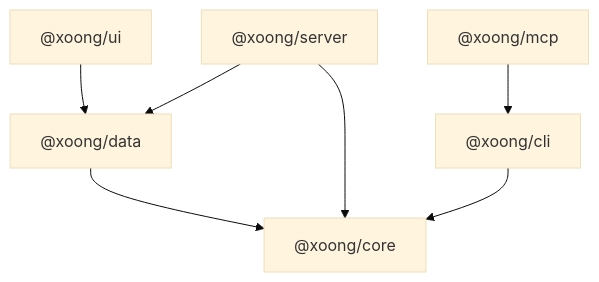
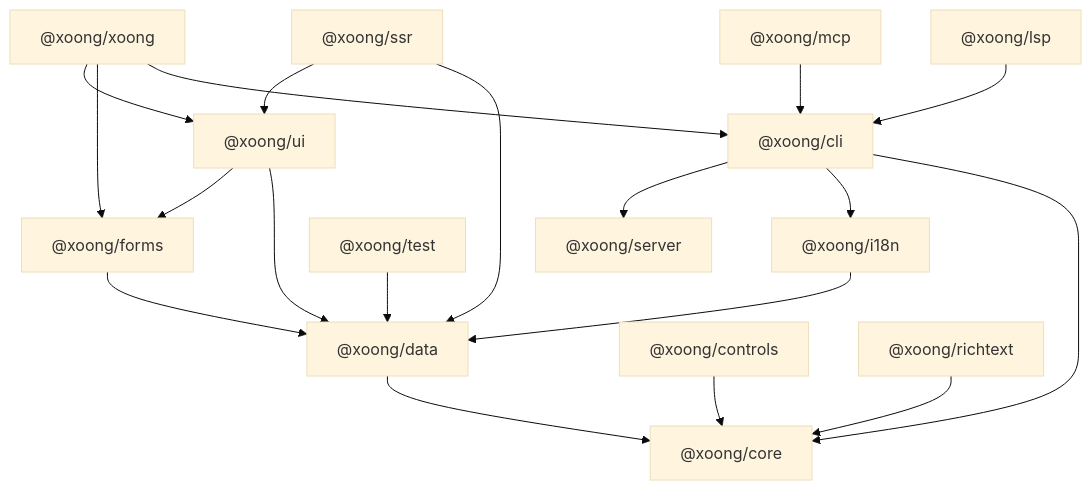
One commit to fpt-duongtx/xoong changed the second of 6 diagrams in docs/architecture.md. Above: the diagram before and after it, drawn with Mermaid (base theme). The commit also changed other lines of this file and 107 other files, not shown here.

````diff
--- a/docs/architecture.md
+++ b/docs/architecture.md
@@ -50,9 +59,21 @@
 ```mermaid
 flowchart TD
-  ui["@xoong/ui"] --> data["@xoong/data"]
+  xoong["@xoong/xoong"] --> ui
+  xoong --> forms
+  xoong --> cli
+  ui["@xoong/ui"] --> forms["@xoong/forms"]
+  ui --> data["@xoong/data"]
+  forms --> data
+  i18n["@xoong/i18n"] --> data
+  ssr["@xoong/ssr"] --> ui
+  ssr --> data
+  test["@xoong/test"] --> data
   data --> core["@xoong/core"]
-  server["@xoong/server"] --> core
-  server --> data
-  cli["@xoong/cli"] --> core
+  controls["@xoong/controls"] --> core
+  richtext["@xoong/richtext"] --> core
+  cli["@xoong/cli"] --> server["@xoong/server"]
+  cli --> i18n
+  cli --> core
   mcp["@xoong/mcp"] --> cli
+  lsp["@xoong/lsp"] --> cli
 ```
````
